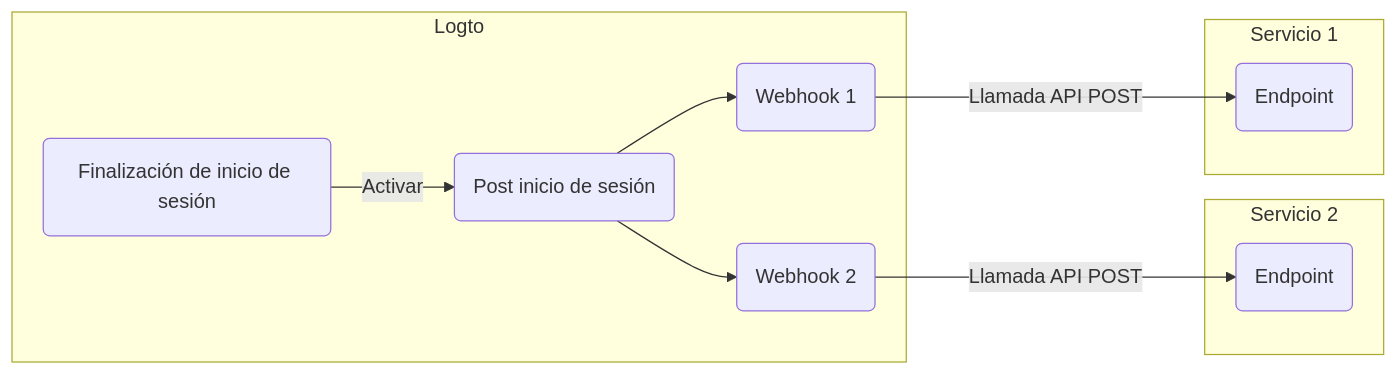
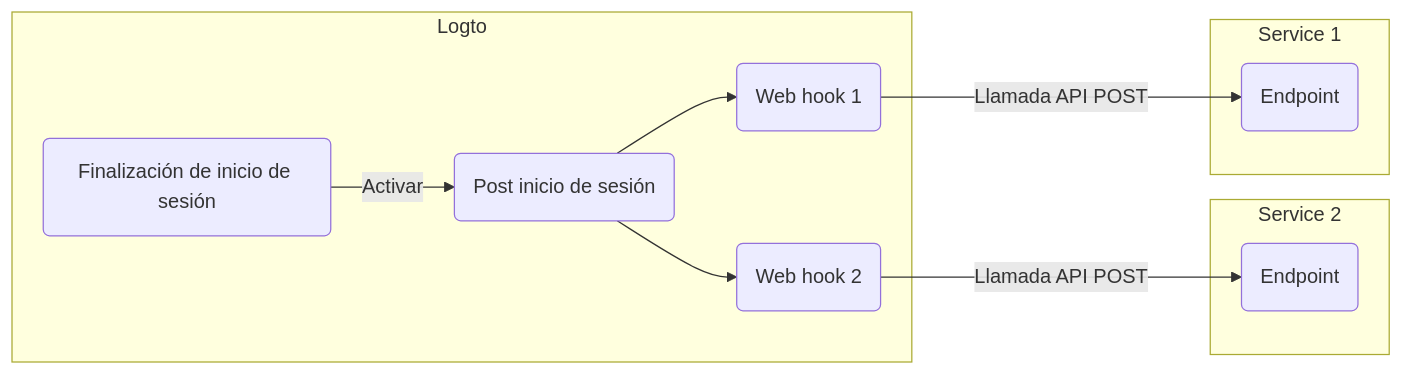
Before and after one commit to logto-io/docs: the diagram in i18n/es/docusaurus-plugin-content-docs/current/developers/webhooks/README.mdx, drawn with Mermaid. The commit also changed other lines of this file and 234 other files, not shown here.

````diff
--- a/i18n/es/docusaurus-plugin-content-docs/current/developers/webhooks/README.mdx
+++ b/i18n/es/docusaurus-plugin-content-docs/current/developers/webhooks/README.mdx
@@ -36,24 +36,24 @@
 ```mermaid
 graph LR
   subgraph Logto
     SF(Finalización de inicio de sesión)
     PS(Post inicio de sesión)
-    WH2(Webhook 2)
-    WH1(Webhook 1)
+    WH2(Web hook 2)
+    WH1(Web hook 1)
   end
 
-  subgraph Servicio 2
+  subgraph Service 2
     E2(Endpoint)
   end
 
-  subgraph Servicio 1
+  subgraph Service 1
     E1(Endpoint)
   end
 
   SF -->|Activar| PS
   PS --> WH1
   PS --> WH2
   WH1 --->|Llamada API POST| E1
   WH2 --->|Llamada API POST| E2
 
 ```
````
